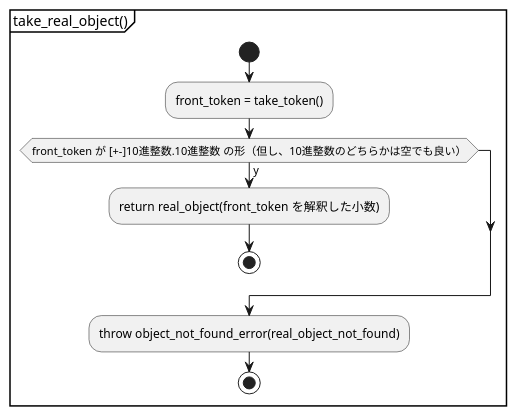
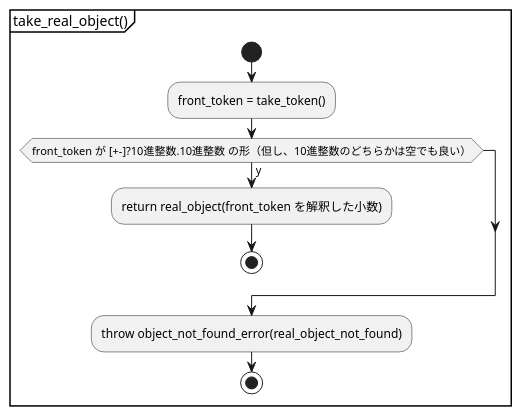
The ninth of 17 diagrams in document/stream_parser.activity.pu (KodaiYM/PDFReader), drawn with PlantUML before and after one commit. The commit also changed other lines of this file, not shown here.

Commit message:
修正したバグを設計書に反映

```diff
--- a/document/stream_parser.activity.pu
+++ b/document/stream_parser.activity.pu
@@ -210,14 +210,14 @@
 @startuml take_real_object
 partition "take_real_object()" {
 start
 	:front_token = take_token();
 
-	if (front_token が [+-]10進整数.10進整数 の形（但し、10進整数のどちらかは空でも良い）) then (y)
+	if (front_token が [+-]?10進整数.10進整数 の形（但し、10進整数のどちらかは空でも良い）) then (y)
 		:return real_object(front_token を解釈した小数);
 		stop
 	endif
 
 	:throw object_not_found_error(real_object_not_found);
 stop
 }
 @enduml
```
